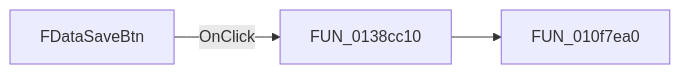
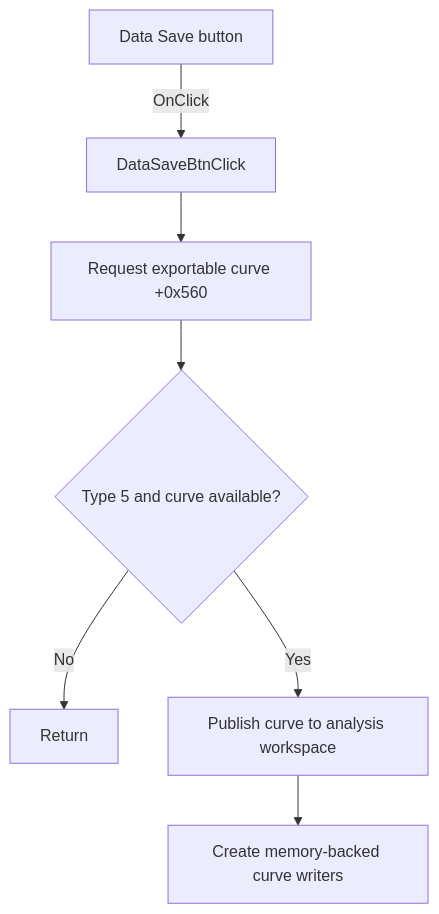
One commit to MovGP0/TIARA changed the diagram in docs/ui-controls/signalanalyzerwin/fdatasavebtn-eb72d9b192.md. Above: the diagram before and after it, drawn with Mermaid. The commit also changed other lines of this file and 1062 other files, not shown here.

````diff
--- a/docs/ui-controls/signalanalyzerwin/fdatasavebtn-eb72d9b192.md
+++ b/docs/ui-controls/signalanalyzerwin/fdatasavebtn-eb72d9b192.md
@@ -27,5 +29,9 @@
 ```mermaid
-flowchart LR
-    control["FDataSaveBtn"] -->|OnClick| handler["FUN_0138cc10"]
-    handler --> call1["FUN_010f7ea0"]
+flowchart TD
+    control["Data Save button"] -->|OnClick| handler["DataSaveBtnClick"]
+    handler --> export["Request exportable curve +0x560"]
+    export --> valid{"Type 5 and curve available?"}
+    valid -->|No| noop["Return"]
+    valid -->|Yes| publish["Publish curve to analysis workspace"]
+    publish --> writers["Create memory-backed curve writers"]
 ```
````
